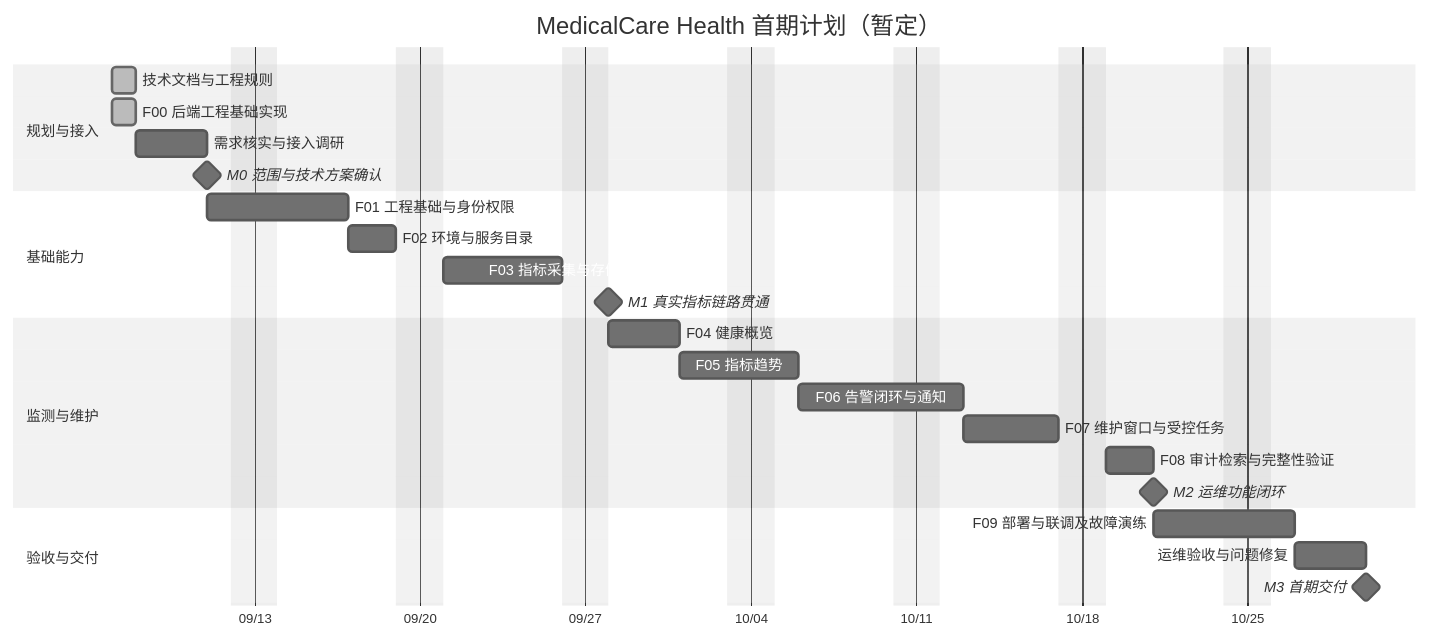
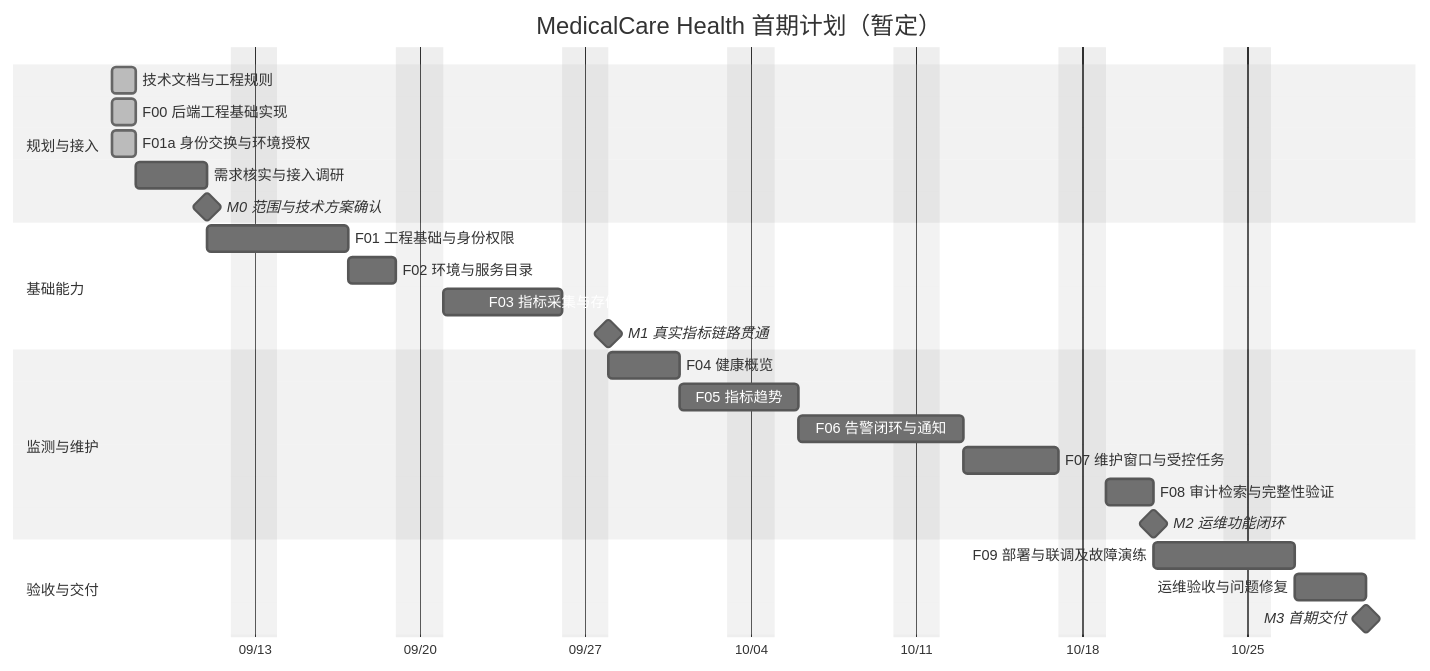
Before and after one commit to lafie-s/MedicalCare_Health: the diagram in docs/project-plan.md, drawn with Mermaid (neutral theme). The commit also changed other lines of this file and 18 other files, not shown here.

````diff
--- a/docs/project-plan.md
+++ b/docs/project-plan.md
@@ -13,28 +13,29 @@
 ```mermaid
 gantt
     title MedicalCare Health 首期计划（暂定）
     dateFormat YYYY-MM-DD
     axisFormat %m/%d
     excludes weekends
     section 规划与接入
     技术文档与工程规则              :done, docs, 2026-09-07, 1d
     F00 后端工程基础实现           :done, f00, 2026-09-07, 1d
+    F01a 身份交换与环境授权        :done, f01a, 2026-09-07, 1d
     需求核实与接入调研              :a0, 2026-09-08, 3d
     M0 范围与技术方案确认           :milestone, m0, after a0, 0d
     section 基础能力
     F01 工程基础与身份权限          :a1, after m0, 4d
     F02 环境与服务目录              :a2, after a1, 2d
     F03 指标采集与存储接入          :a3, after a2, 5d
     M1 真实指标链路贯通             :milestone, m1, after a3, 0d
     section 监测与维护
     F04 健康概览                   :a4, after m1, 3d
     F05 指标趋势                   :a5, after a4, 3d
     F06 告警闭环与通知              :a6, after a5, 5d
     F07 维护窗口与受控任务          :a7, after a6, 4d
     F08 审计检索与完整性验证        :a8, after a7, 2d
     M2 运维功能闭环                :milestone, m2, after a8, 0d
     section 验收与交付
     F09 部署与联调及故障演练        :a9, after m2, 4d
     运维验收与问题修复              :a10, after a9, 3d
     M3 首期交付                    :milestone, m3, after a10, 0d
 ```
````
